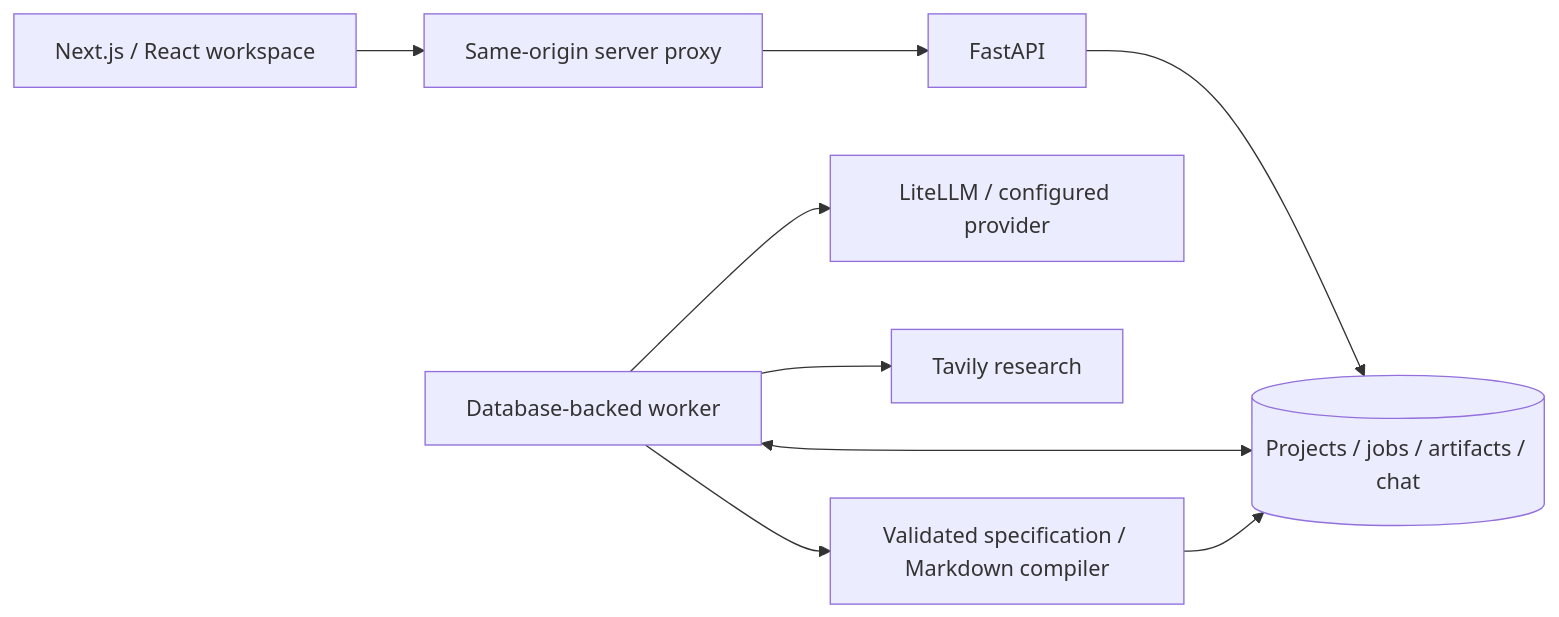
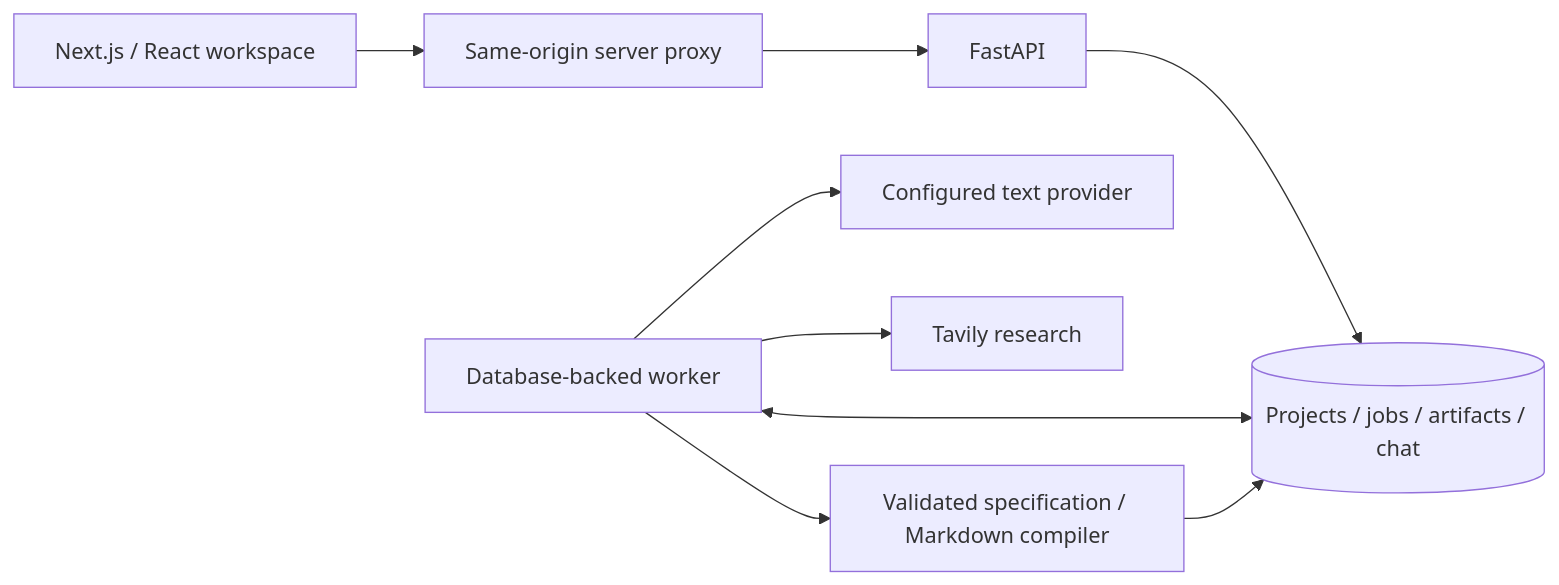
One commit to Muneer320/exHacker changed the second of 2 diagrams in README.md. Above: the diagram before and after it, drawn with Mermaid. The commit also changed other lines of this file and 3 other files, not shown here.

````diff
--- a/README.md
+++ b/README.md
@@ -133,11 +184,11 @@
 ```mermaid
 flowchart LR
     Browser[Next.js / React workspace] --> Proxy[Same-origin server proxy]
     Proxy --> API[FastAPI]
     API --> DB[(Projects / jobs / artifacts / chat)]
     Worker[Database-backed worker] <--> DB
-    Worker --> LLM[LiteLLM / configured provider]
+    Worker --> LLM[Configured text provider]
     Worker --> Web[Tavily research]
     Worker --> MD[Validated specification / Markdown compiler]
     MD --> DB
 ```
````
